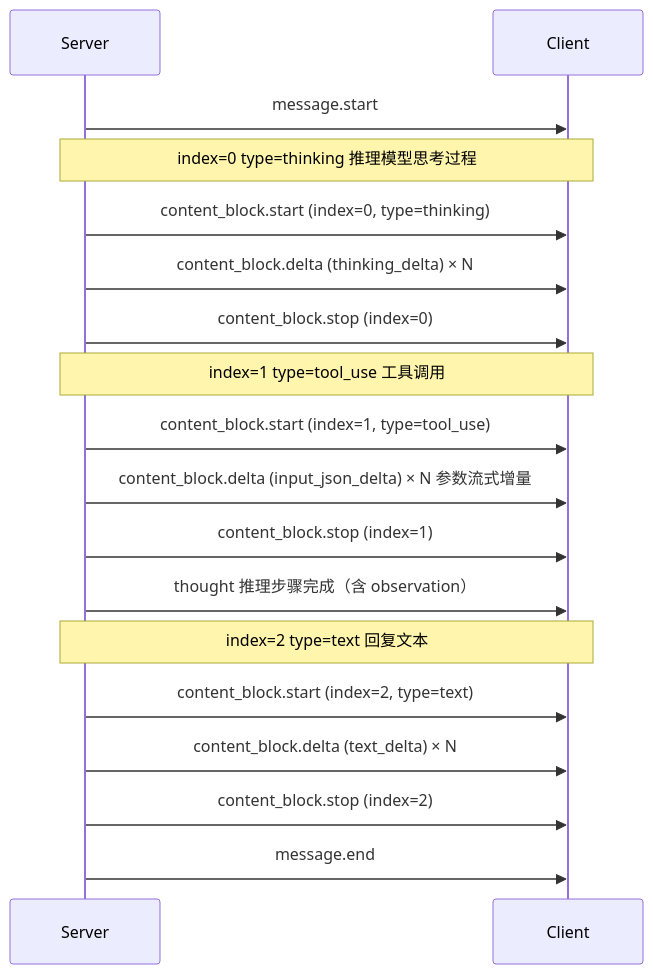
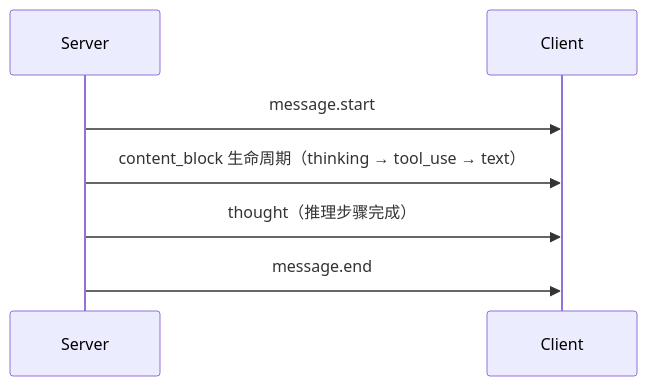
The diagram in dehaze-doc/docs/03-模块设计/核心模块/AI对话/API接口.md (earthy-zinc/dehaze-system), drawn with Mermaid before and after one commit. The commit also changed other lines of this file and 39 other files, not shown here.

````diff
--- a/dehaze-doc/docs/03-模块设计/核心模块/AI对话/API接口.md
+++ b/dehaze-doc/docs/03-模块设计/核心模块/AI对话/API接口.md
@@ -66,20 +67,9 @@
 ```mermaid
 sequenceDiagram
     participant Server
     participant Client
     Server->>Client: message.start
-    Note over Server,Client: index=0 type=thinking 推理模型思考过程
-    Server->>Client: content_block.start (index=0, type=thinking)
-    Server->>Client: content_block.delta (thinking_delta) × N
-    Server->>Client: content_block.stop (index=0)
-    Note over Server,Client: index=1 type=tool_use 工具调用
-    Server->>Client: content_block.start (index=1, type=tool_use)
-    Server->>Client: content_block.delta (input_json_delta) × N 参数流式增量
-    Server->>Client: content_block.stop (index=1)
-    Server->>Client: thought 推理步骤完成（含 observation）
-    Note over Server,Client: index=2 type=text 回复文本
-    Server->>Client: content_block.start (index=2, type=text)
-    Server->>Client: content_block.delta (text_delta) × N
-    Server->>Client: content_block.stop (index=2)
+    Server->>Client: content_block 生命周期（thinking → tool_use → text）
+    Server->>Client: thought（推理步骤完成）
     Server->>Client: message.end
 ```
````
